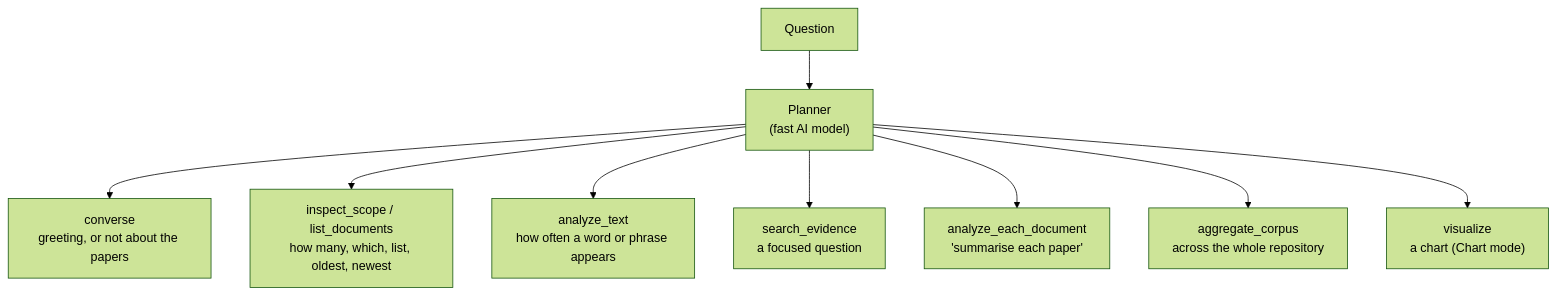
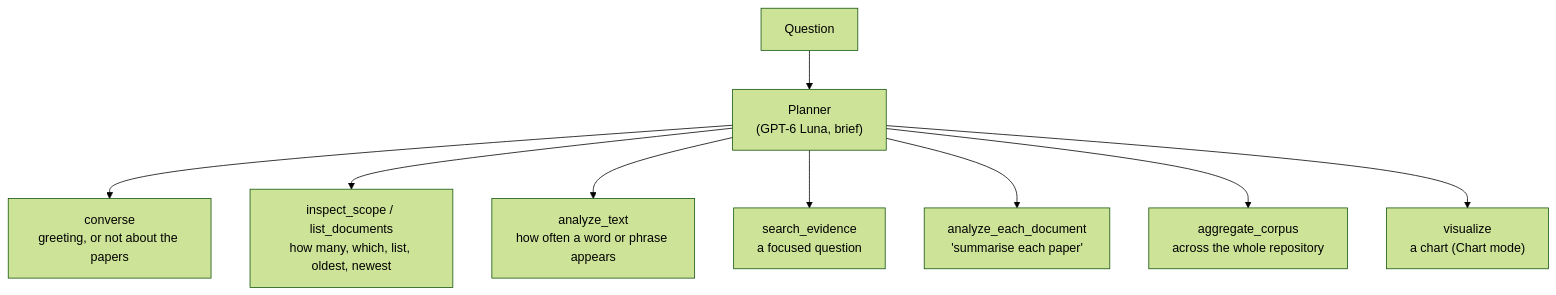
The third of 7 diagrams in docs/33-chat-architecture.md (LLM-Project2005/papertrend_extractor_LLM), drawn with Mermaid (forest theme) before and after one commit. The commit also changed other lines of this file and 15 other files, not shown here.

First line of the commit message:
feat(chat): GPT-6 Luna everywhere GPT-5.6 Luna ran, and for the planner (docs/34)

````diff
--- a/docs/33-chat-architecture.md
+++ b/docs/33-chat-architecture.md
@@ -74,11 +74,11 @@
 ```mermaid
 flowchart TD
-    Q["Question"] --> P["Planner<br/>(fast AI model)"]
+    Q["Question"] --> P["Planner<br/>(GPT-6 Luna, brief)"]
     P --> C1["converse<br/>greeting, or not about the papers"]
     P --> C2["inspect_scope / list_documents<br/>how many, which, list, oldest, newest"]
     P --> C3["analyze_text<br/>how often a word or phrase appears"]
     P --> C4["search_evidence<br/>a focused question"]
     P --> C5["analyze_each_document<br/>'summarise each paper'"]
     P --> C6["aggregate_corpus<br/>across the whole repository"]
     P --> C7["visualize<br/>a chart (Chart mode)"]
 ```
````
